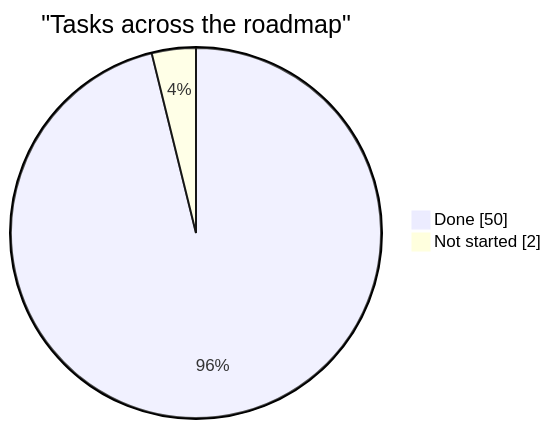
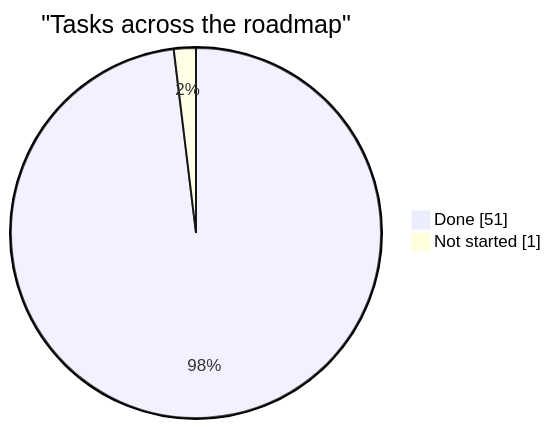
The diagram in docs/planning/status.md (AdamClemens/PyFlow), drawn with Mermaid before and after one commit. The commit also changed other lines of this file and 10 other files, not shown here.

````diff
--- a/docs/planning/status.md
+++ b/docs/planning/status.md
@@ -23,6 +23,6 @@
 ```mermaid
 pie showData
     title "Tasks across the roadmap"
-    "Done" : 50
-    "Not started" : 2
+    "Done" : 51
+    "Not started" : 1
 ```
````
